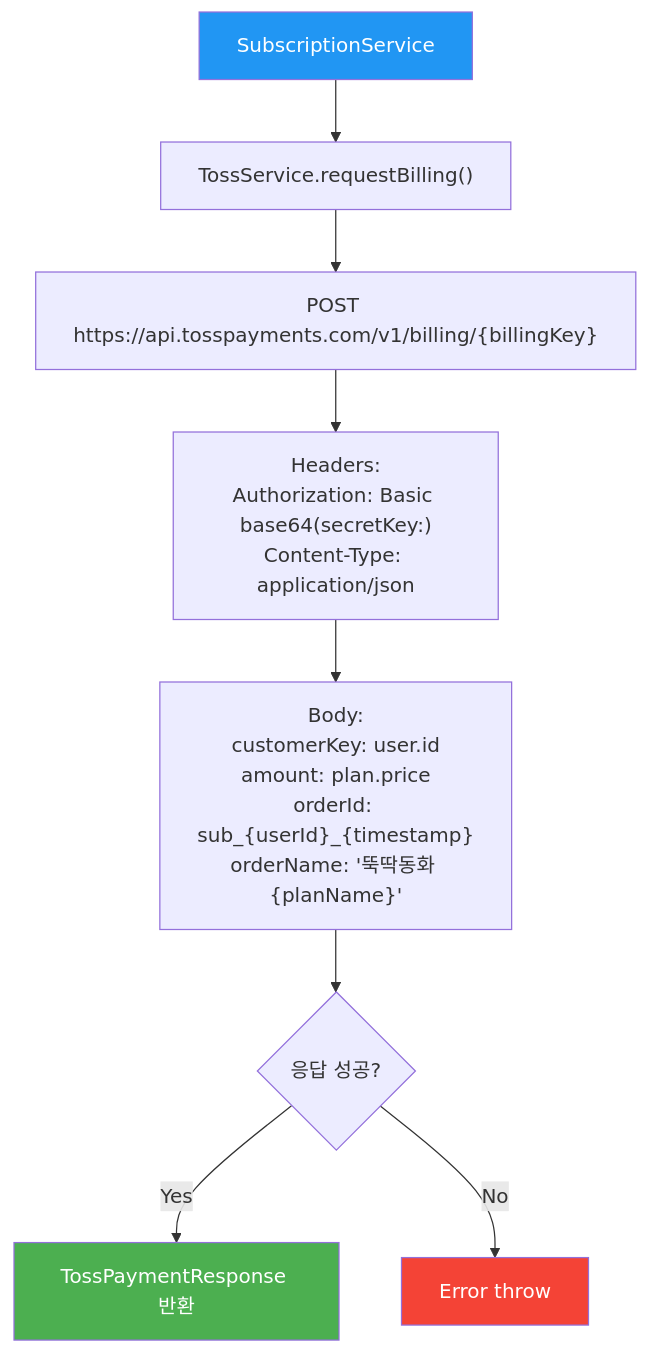
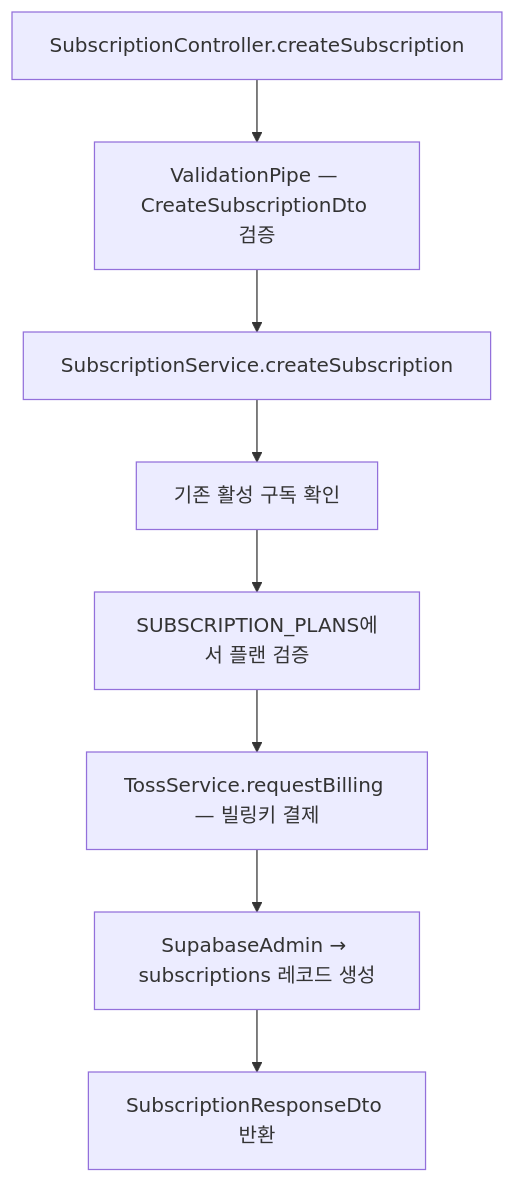
One commit to youngkim90/ddukddak-api changed the sixth of 10 diagrams in docs/api/subscription-api.md. Above: the diagram before and after it, drawn with Mermaid. The commit also changed other lines of this file and 5 other files, not shown here.

First line of the commit message:
docs: simplify flowcharts with dual API/code flow structure

````diff
--- a/docs/api/subscription-api.md
+++ b/docs/api/subscription-api.md
@@ -172,14 +153,10 @@
 ```mermaid
 flowchart TD
-    A[SubscriptionService] --> B["TossService.requestBilling()"]
-    B --> C["POST https://api.tosspayments.com/v1/billing/{billingKey}"]
-    C --> D["Headers:<br/>Authorization: Basic base64(secretKey:)<br/>Content-Type: application/json"]
-    D --> E["Body:<br/>customerKey: user.id<br/>amount: plan.price<br/>orderId: sub_{userId}_{timestamp}<br/>orderName: '뚝딱동화 {planName}'"]
-    E --> F{응답 성공?}
-    F -- Yes --> G[TossPaymentResponse 반환]
-    F -- No --> H[Error throw]
-
-    style A fill:#2196f3,color:#fff
-    style G fill:#4caf50,color:#fff
-    style H fill:#f44336,color:#fff
+    A[SubscriptionController.createSubscription] --> B[ValidationPipe — CreateSubscriptionDto 검증]
+    B --> C[SubscriptionService.createSubscription]
+    C --> D[기존 활성 구독 확인]
+    D --> E[SUBSCRIPTION_PLANS에서 플랜 검증]
+    E --> F[TossService.requestBilling — 빌링키 결제]
+    F --> G[SupabaseAdmin → subscriptions 레코드 생성]
+    G --> H[SubscriptionResponseDto 반환]
 ```
````
